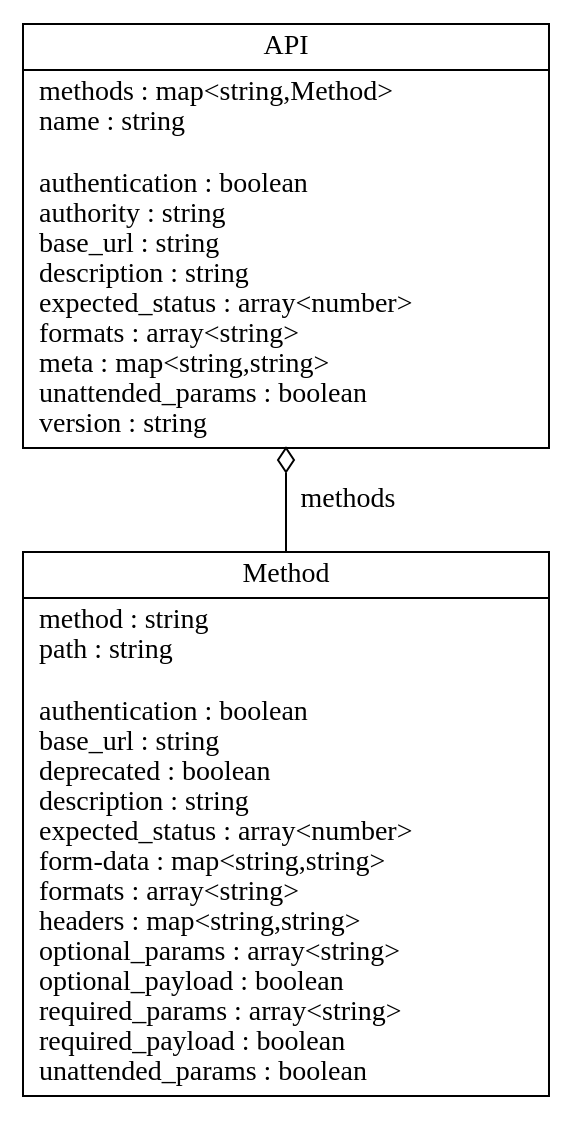
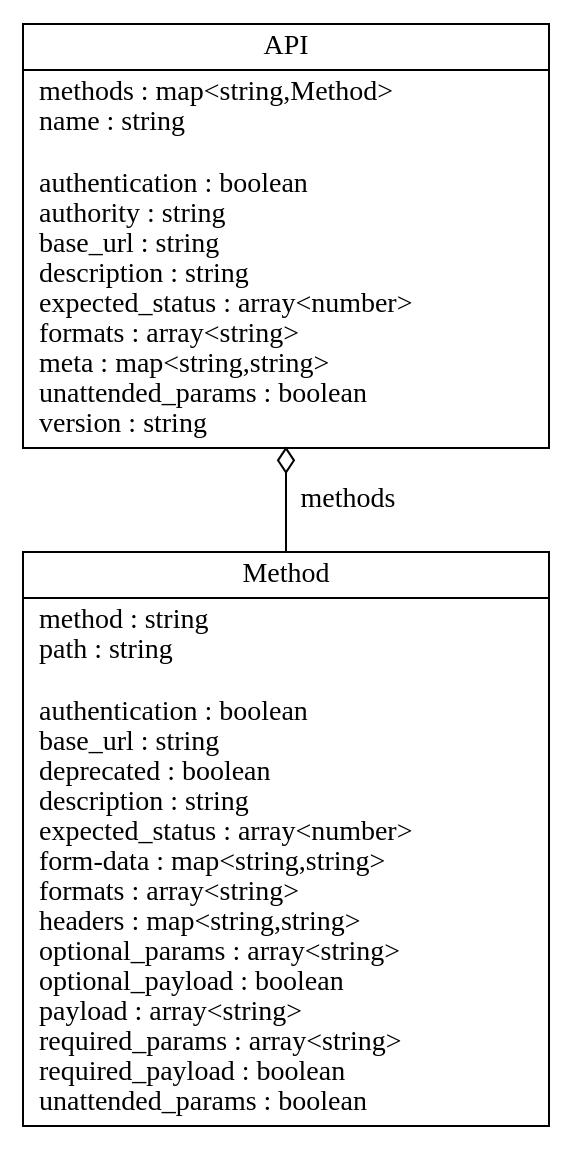
Before and after one commit to SPORE/specifications: the diagram in uml/abstract_syntax_tree.dot, drawn with Graphviz. The commit also changed 4 other files, not shown here.

```diff
--- a/uml/abstract_syntax_tree.dot
+++ b/uml/abstract_syntax_tree.dot
@@ -1,14 +1,14 @@
 digraph {
 
     node [shape=record];
 
     "API"
         [label="{\N|methods : map&lt;string,Method&gt;\lname : string\l\lauthentication : boolean\lauthority : string\lbase_url : string\ldescription : string\lexpected_status : array&lt;number&gt;\lformats : array&lt;string&gt;\lmeta : map&lt;string,string&gt;\lunattended_params : boolean\lversion : string\l}"];
 
     "API" -> "Method"
         [label="methods", dir=back, arrowtail=odiamond];
 
     "Method"
-        [label="{\N|method : string\lpath : string\l\lauthentication : boolean\lbase_url : string\ldeprecated : boolean\ldescription : string\lexpected_status : array&lt;number&gt;\lform-data : map&lt;string,string&gt;\lformats : array&lt;string&gt;\lheaders : map&lt;string,string&gt;\loptional_params : array&lt;string&gt;\loptional_payload : boolean\lrequired_params : array&lt;string&gt;\lrequired_payload : boolean\lunattended_params : boolean\l}"];
+        [label="{\N|method : string\lpath : string\l\lauthentication : boolean\lbase_url : string\ldeprecated : boolean\ldescription : string\lexpected_status : array&lt;number&gt;\lform-data : map&lt;string,string&gt;\lformats : array&lt;string&gt;\lheaders : map&lt;string,string&gt;\loptional_params : array&lt;string&gt;\loptional_payload : boolean\lpayload : array&lt;string&gt;\lrequired_params : array&lt;string&gt;\lrequired_payload : boolean\lunattended_params : boolean\l}"];
 
 }
```
